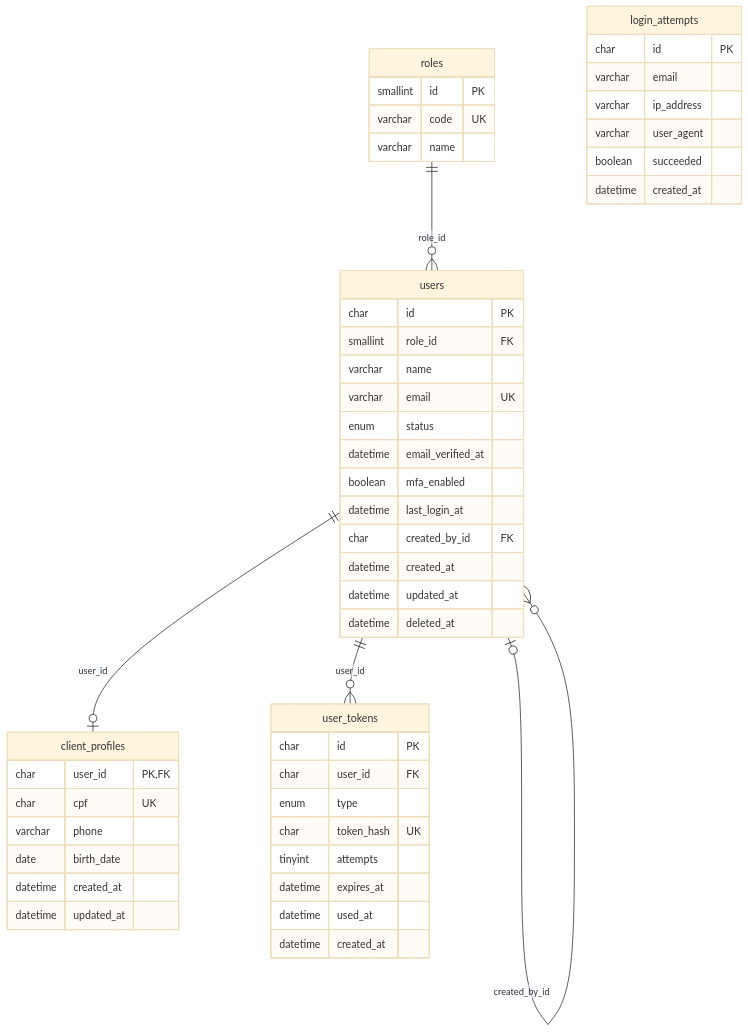
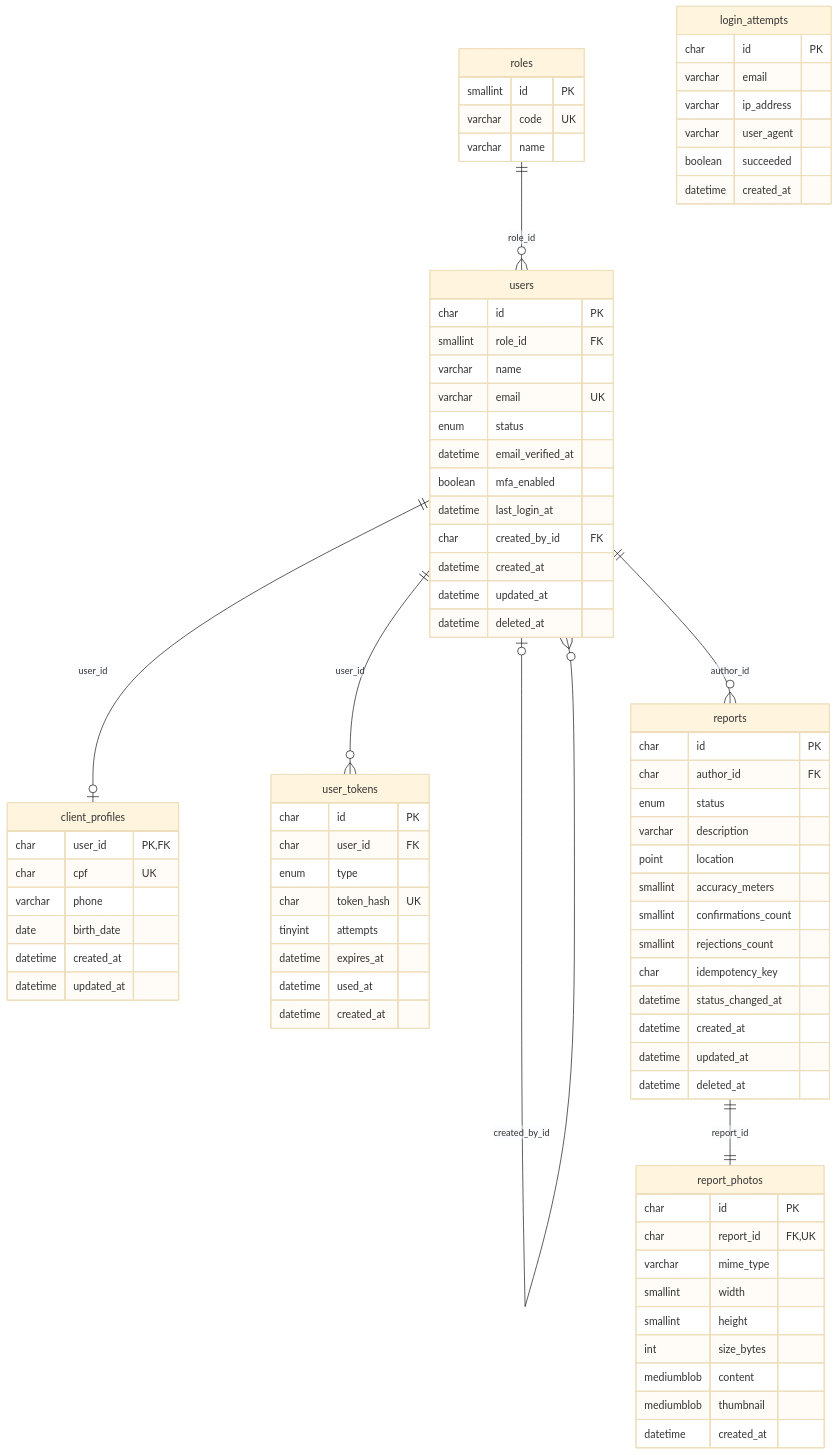
The diagram in docs/DATABASE.md (jgtsuchiya/projeto_integrador_reportaAiCm_backend), drawn with Mermaid (base theme) before and after one commit. The commit also changed other lines of this file and 114 other files, not shown here.

````diff
--- a/docs/DATABASE.md
+++ b/docs/DATABASE.md
@@ -86,53 +86,81 @@
 ```mermaid
 erDiagram
     roles ||--o{ users : "role_id"
     users ||--o| client_profiles : "user_id"
     users ||--o{ user_tokens : "user_id"
     users |o--o{ users : "created_by_id"
+    users ||--o{ reports : "author_id"
+    reports ||--|| report_photos : "report_id"
 
     roles {
         smallint id PK
         varchar code UK
         varchar name
     }
     users {
         char id PK
         smallint role_id FK
         varchar name
         varchar email UK
         enum status
         datetime email_verified_at
         boolean mfa_enabled
         datetime last_login_at
         char created_by_id FK
         datetime created_at
         datetime updated_at
         datetime deleted_at
     }
     client_profiles {
         char user_id PK, FK
         char cpf UK
         varchar phone
         date birth_date
         datetime created_at
         datetime updated_at
     }
     user_tokens {
         char id PK
         char user_id FK
         enum type
         char token_hash UK
         tinyint attempts
         datetime expires_at
         datetime used_at
         datetime created_at
     }
     login_attempts {
         char id PK
         varchar email
         varchar ip_address
         varchar user_agent
         boolean succeeded
         datetime created_at
     }
+    reports {
+        char id PK
+        char author_id FK
+        enum status
+        varchar description
+        point location
+        smallint accuracy_meters
+        smallint confirmations_count
+        smallint rejections_count
+        char idempotency_key
+        datetime status_changed_at
+        datetime created_at
+        datetime updated_at
+        datetime deleted_at
+    }
+    report_photos {
+        char id PK
+        char report_id FK, UK
+        varchar mime_type
+        smallint width
+        smallint height
+        int size_bytes
+        mediumblob content
+        mediumblob thumbnail
+        datetime created_at
+    }
 ```
````
